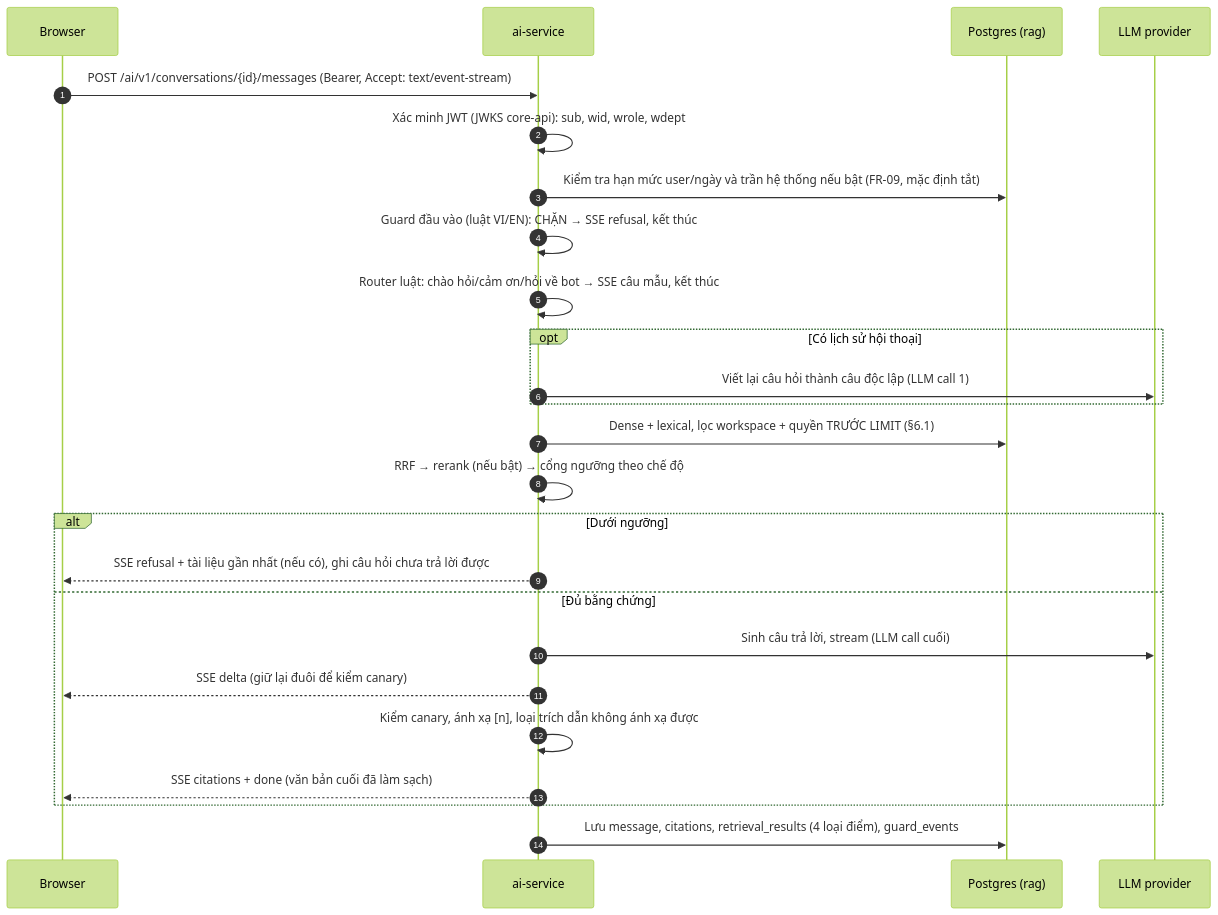
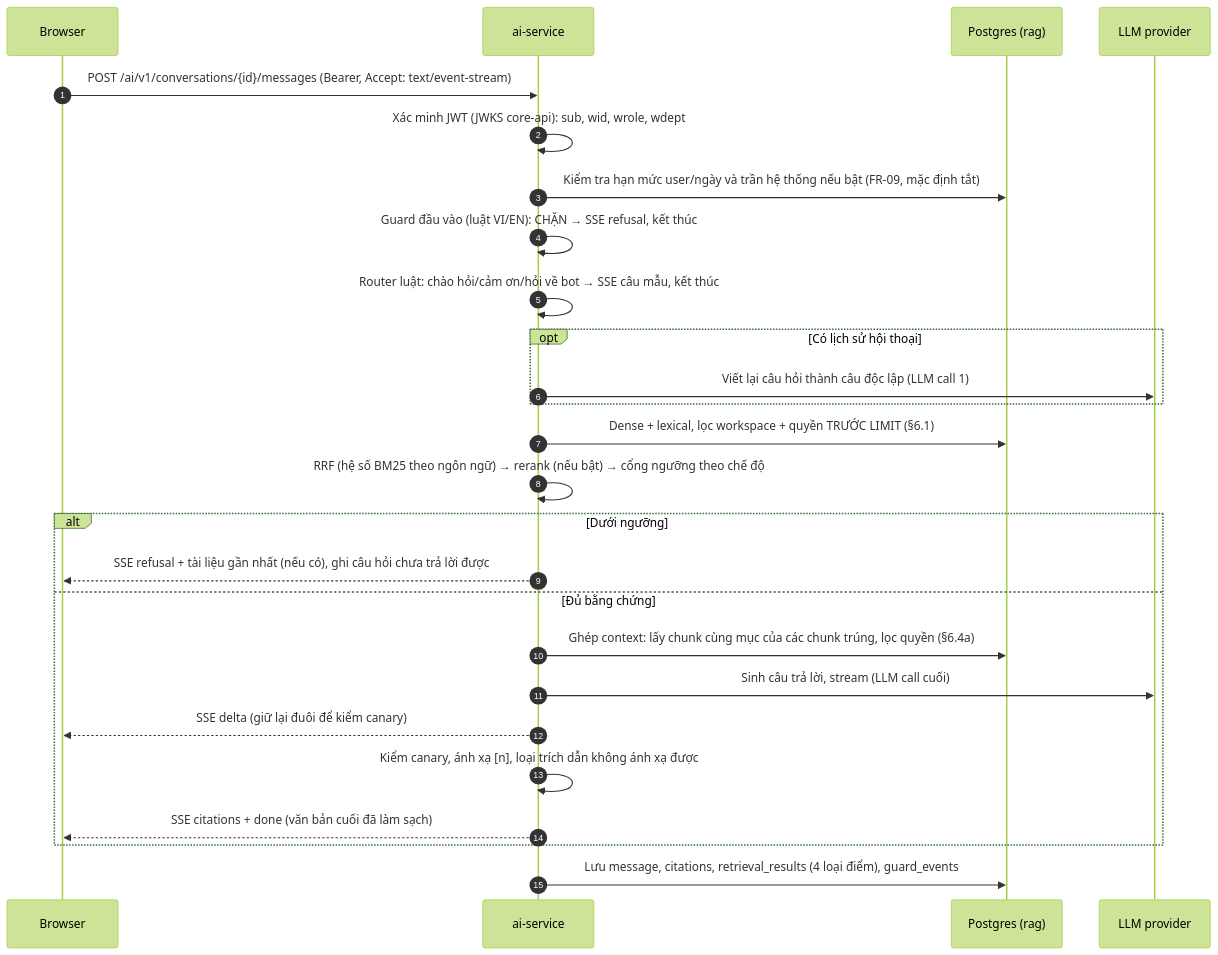
Before and after one commit to N-Tien-L/SOPilot: the second of 2 diagrams in docs/02-architecture/designs/TECH-V2-ai-service.md, drawn with Mermaid (forest theme). The commit also changed other lines of this file and 5 other files, not shown here.

````diff
--- a/docs/02-architecture/designs/TECH-V2-ai-service.md
+++ b/docs/02-architecture/designs/TECH-V2-ai-service.md
@@ -138,28 +141,29 @@
 ```mermaid
 sequenceDiagram
     autonumber
     participant B as Browser
     participant A as ai-service
     participant DB as Postgres (rag)
     participant L as LLM provider
 
     B->>A: POST /ai/v1/conversations/{id}/messages (Bearer, Accept: text/event-stream)
     A->>A: Xác minh JWT (JWKS core-api): sub, wid, wrole, wdept
     A->>DB: Kiểm tra hạn mức user/ngày và trần hệ thống nếu bật (FR-09, mặc định tắt)
     A->>A: Guard đầu vào (luật VI/EN): CHẶN → SSE refusal, kết thúc
     A->>A: Router luật: chào hỏi/cảm ơn/hỏi về bot → SSE câu mẫu, kết thúc
     opt Có lịch sử hội thoại
         A->>L: Viết lại câu hỏi thành câu độc lập (LLM call 1)
     end
     A->>DB: Dense + lexical, lọc workspace + quyền TRƯỚC LIMIT (§6.1)
-    A->>A: RRF → rerank (nếu bật) → cổng ngưỡng theo chế độ
+    A->>A: RRF (hệ số BM25 theo ngôn ngữ) → rerank (nếu bật) → cổng ngưỡng theo chế độ
     alt Dưới ngưỡng
         A-->>B: SSE refusal + tài liệu gần nhất (nếu có), ghi câu hỏi chưa trả lời được
     else Đủ bằng chứng
+        A->>DB: Ghép context: lấy chunk cùng mục của các chunk trúng, lọc quyền (§6.4a)
         A->>L: Sinh câu trả lời, stream (LLM call cuối)
         A-->>B: SSE delta (giữ lại đuôi để kiểm canary)
         A->>A: Kiểm canary, ánh xạ [n], loại trích dẫn không ánh xạ được
         A-->>B: SSE citations + done (văn bản cuối đã làm sạch)
     end
     A->>DB: Lưu message, citations, retrieval_results (4 loại điểm), guard_events
 ```
````
